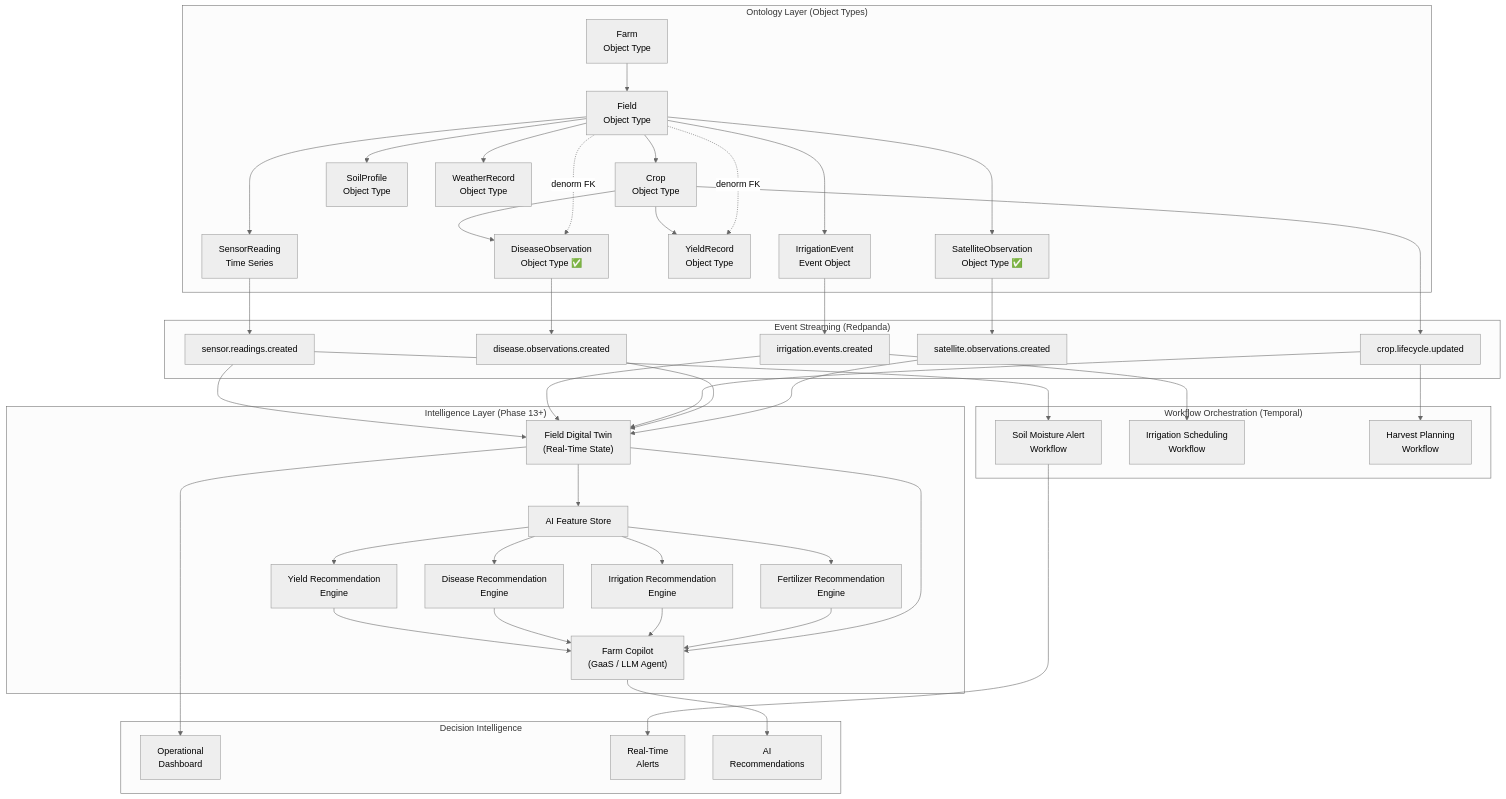
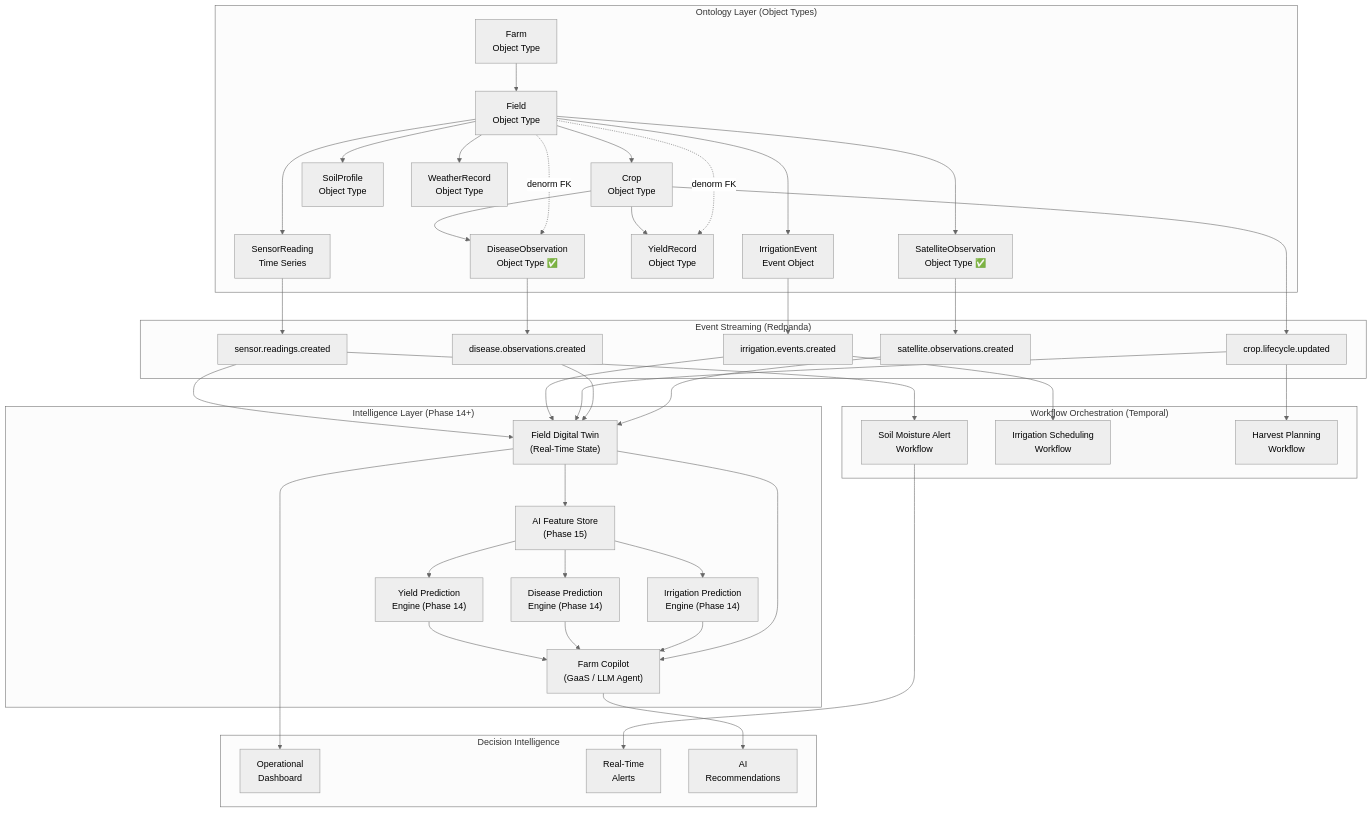
Before and after one commit to santoshnarayanan/AGRIFLOW-AI: the second of 4 diagrams in docs/reference/palantir-alignment.md, drawn with Mermaid (neutral theme). The commit also changed other lines of this file and 9 other files, not shown here.

```diff
--- a/docs/reference/palantir-alignment.md
+++ b/docs/reference/palantir-alignment.md
@@ -714,13 +789,12 @@
         SatTopic["satellite.observations.created"]
     end
 
-    subgraph Intelligence["Intelligence Layer (Phase 13+)"]
+    subgraph Intelligence["Intelligence Layer (Phase 14+)"]
         DT["Field Digital Twin\n(Real-Time State)"]
-        YieldAI["Yield Recommendation\nEngine"]
-        DiseaseAI["Disease Recommendation\nEngine"]
-        IrrigAI["Irrigation Recommendation\nEngine"]
-        FertAI["Fertilizer Recommendation\nEngine"]
-        FeatureStore["AI Feature Store"]
+        YieldAI["Yield Prediction\nEngine (Phase 14)"]
+        DiseaseAI["Disease Prediction\nEngine (Phase 14)"]
+        IrrigAI["Irrigation Prediction\nEngine (Phase 14)"]
+        FeatureStore["AI Feature Store\n(Phase 15)"]
         GaaS["Farm Copilot\n(GaaS / LLM Agent)"]
     end
 
@@ -764,7 +838,6 @@
     FeatureStore --> YieldAI
     FeatureStore --> DiseaseAI
     FeatureStore --> IrrigAI
-    FeatureStore --> FertAI
 
     SRTopic --> AlertWF
     IETopic --> IrrigWF
@@ -773,7 +846,6 @@
     YieldAI --> GaaS
     DiseaseAI --> GaaS
     IrrigAI --> GaaS
-    FertAI --> GaaS
     DT --> GaaS
 
     DT --> Dashboard
```
